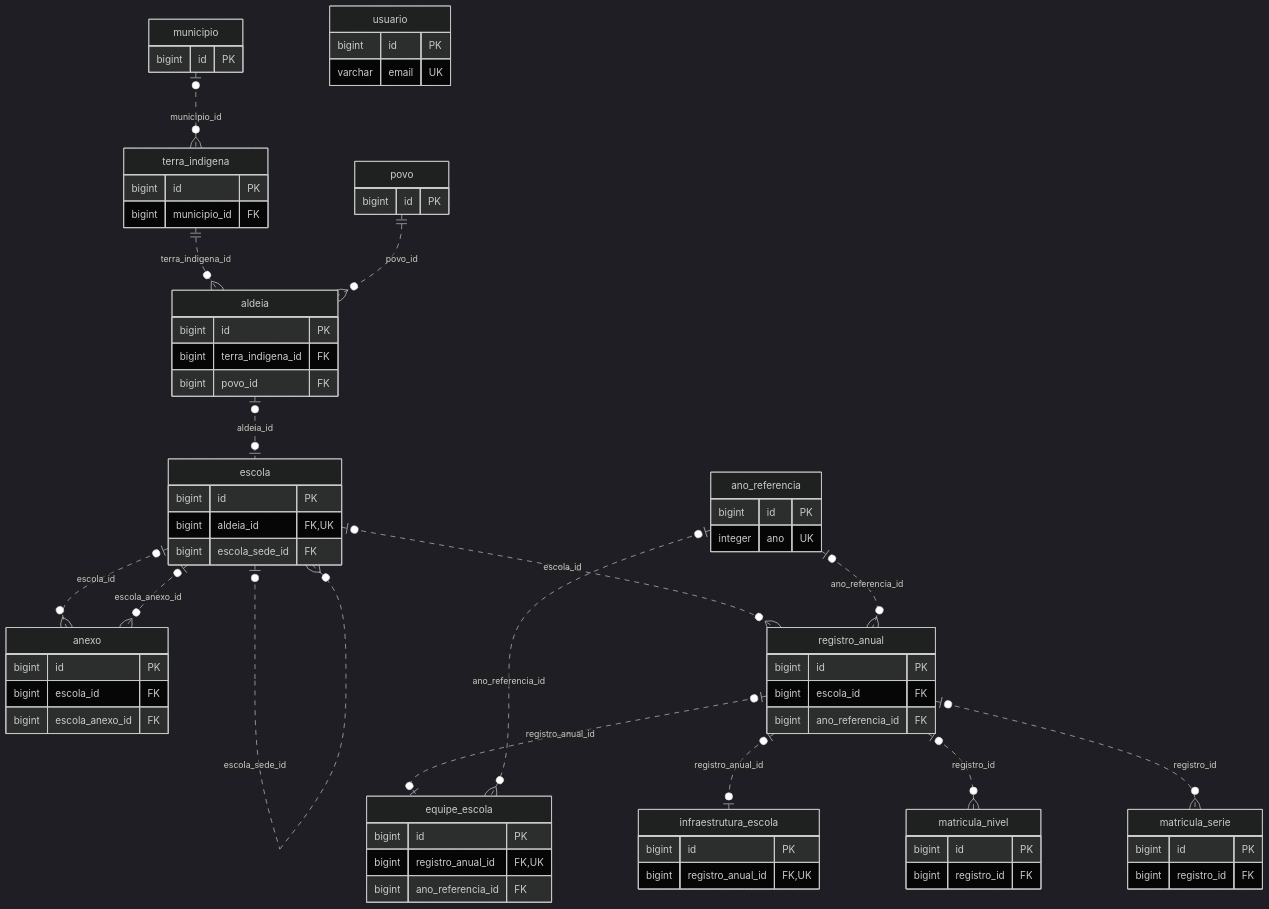
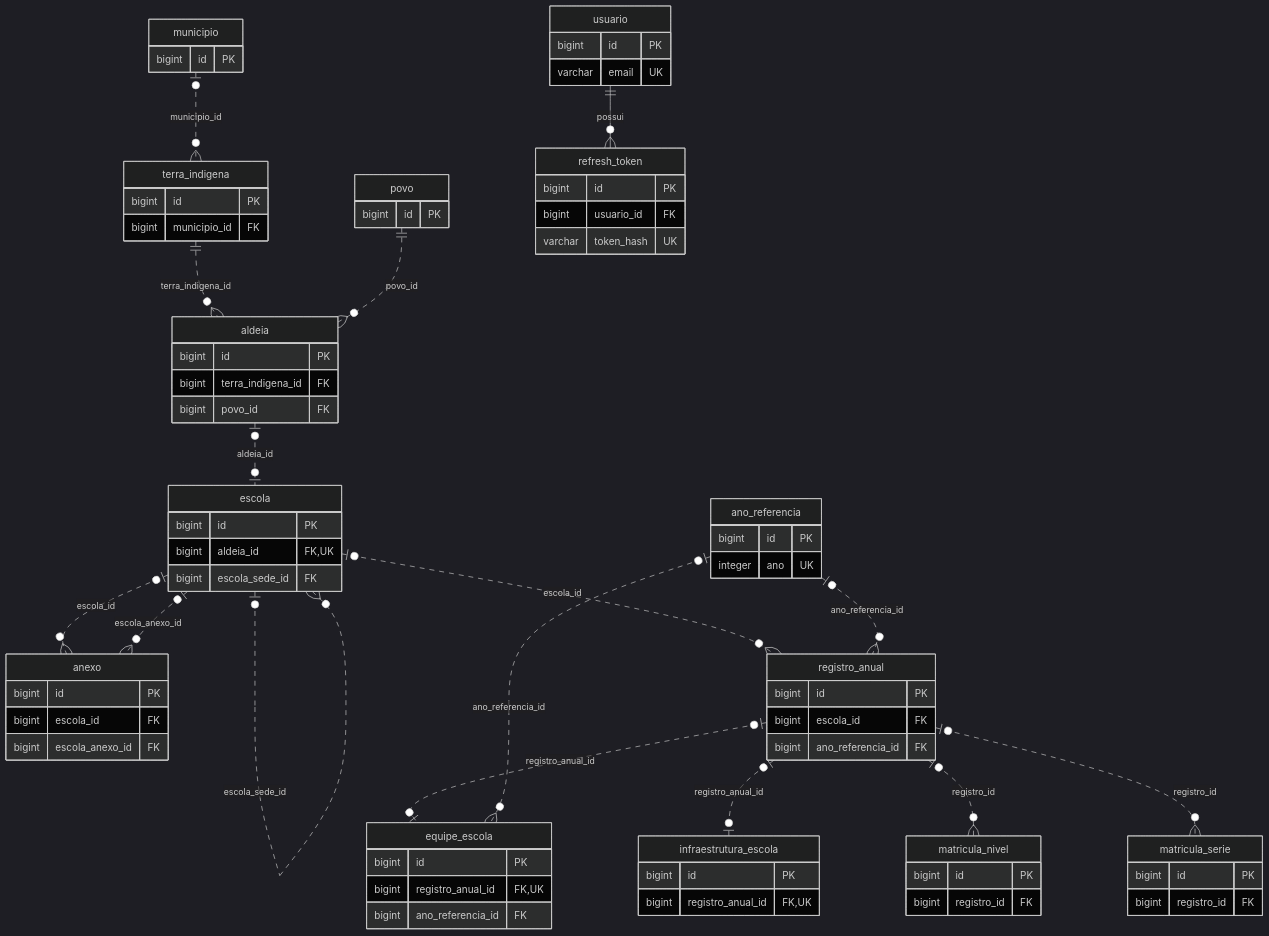
Before and after one commit to euzebio-chokolate/SIGEI: the diagram in sigei-backend/docs/BANCO_DE_DADOS.md, drawn with Mermaid (dark theme). The commit also changed other lines of this file and 35 other files, not shown here.

````diff
--- a/sigei-backend/docs/BANCO_DE_DADOS.md
+++ b/sigei-backend/docs/BANCO_DE_DADOS.md
@@ -22,73 +22,79 @@
 ```mermaid
 erDiagram
     municipio o|..o{ terra_indigena : municipio_id
     terra_indigena ||..o{ aldeia : terra_indigena_id
     povo ||..o{ aldeia : povo_id
     aldeia o|..o| escola : aldeia_id
     escola o|..o{ escola : escola_sede_id
     escola o|..o{ anexo : escola_id
     escola o|..o{ anexo : escola_anexo_id
     escola o|..o{ registro_anual : escola_id
     ano_referencia o|..o{ registro_anual : ano_referencia_id
     registro_anual o|..o| equipe_escola : registro_anual_id
     ano_referencia o|..o{ equipe_escola : ano_referencia_id
     registro_anual o|..o| infraestrutura_escola : registro_anual_id
     registro_anual o|..o{ matricula_nivel : registro_id
     registro_anual o|..o{ matricula_serie : registro_id
 
     municipio {
         bigint id PK
     }
     terra_indigena {
         bigint id PK
         bigint municipio_id FK
     }
     povo {
         bigint id PK
     }
     aldeia {
         bigint id PK
         bigint terra_indigena_id FK
         bigint povo_id FK
     }
     escola {
         bigint id PK
         bigint aldeia_id FK,UK
         bigint escola_sede_id FK
     }
     anexo {
         bigint id PK
         bigint escola_id FK
         bigint escola_anexo_id FK
     }
     ano_referencia {
         bigint id PK
         integer ano UK
     }
     registro_anual {
         bigint id PK
         bigint escola_id FK
         bigint ano_referencia_id FK
     }
     equipe_escola {
         bigint id PK
         bigint registro_anual_id FK,UK
         bigint ano_referencia_id FK
     }
     infraestrutura_escola {
         bigint id PK
         bigint registro_anual_id FK,UK
     }
     matricula_nivel {
         bigint id PK
         bigint registro_id FK
     }
     matricula_serie {
         bigint id PK
         bigint registro_id FK
     }
     usuario {
         bigint id PK
         varchar email UK
     }
+    refresh_token {
+        bigint id PK
+        bigint usuario_id FK
+        varchar token_hash UK
+    }
+    usuario ||--o{ refresh_token : "possui"
 ```
````
